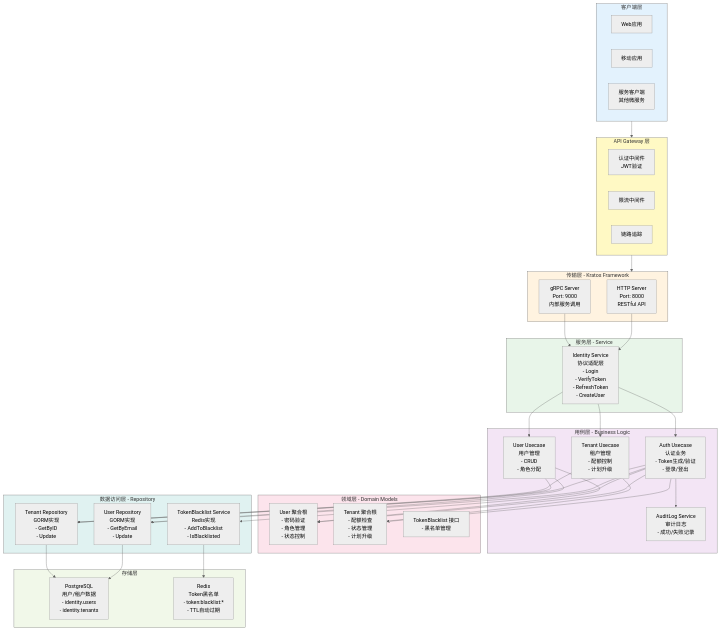
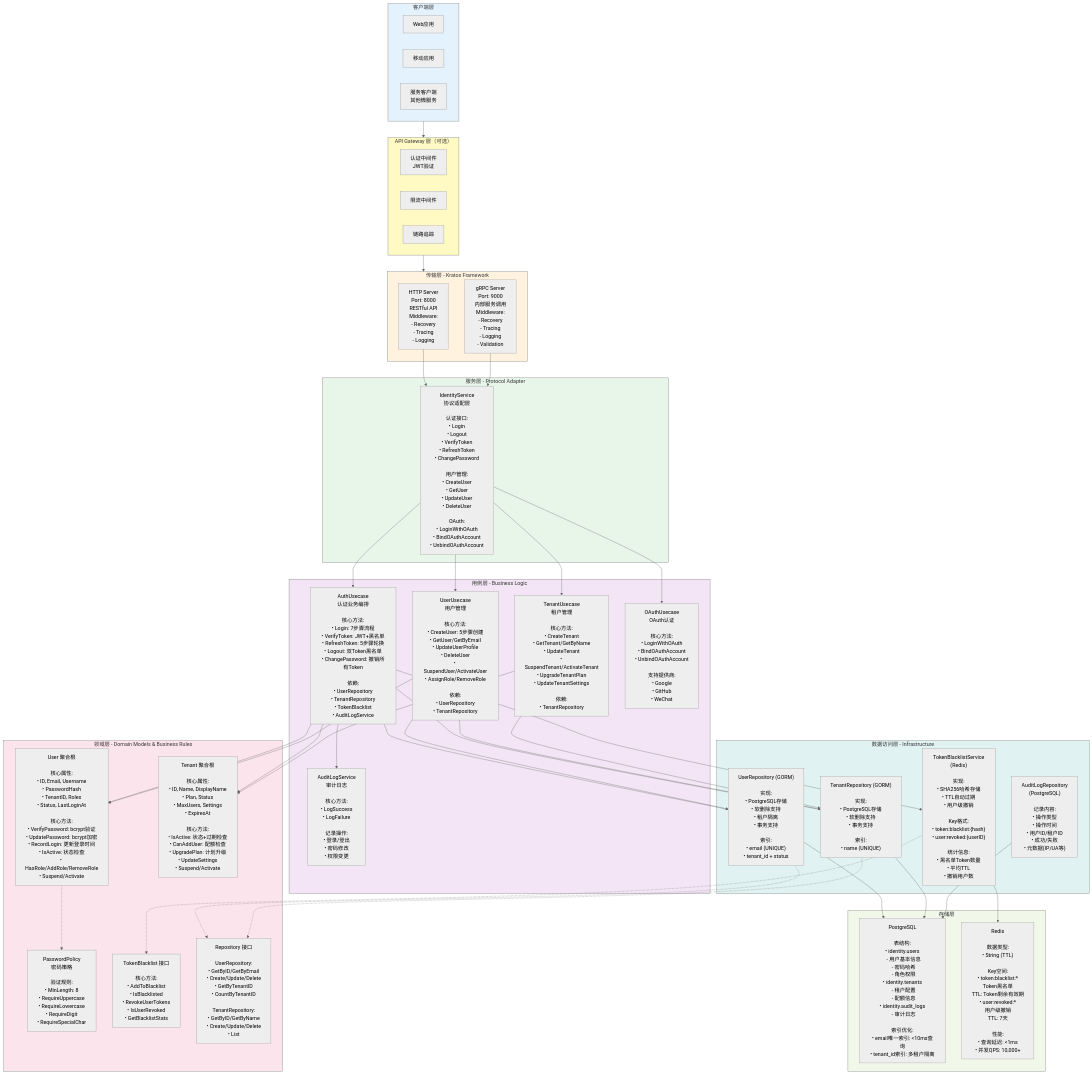
Before and after one commit to haoyunlt/VoiceAssistant: the first of 7 diagrams in docs/VoiceAssistant-03-Identity-Service.md, drawn with Mermaid (neutral theme). The commit also changed other lines of this file and 161 other files, not shown here.

```diff
--- a/docs/VoiceAssistant-03-Identity-Service.md
+++ b/docs/VoiceAssistant-03-Identity-Service.md
@@ -46,65 +46,81 @@
         ServiceClient["服务客户端<br/>其他微服务"]
     end
 
-    subgraph Gateway["API Gateway 层"]
+    subgraph Gateway["API Gateway 层（可选）"]
         AuthMiddleware["认证中间件<br/>JWT验证"]
         RateLimiter["限流中间件"]
         Tracing["链路追踪"]
     end
 
     subgraph TransportLayer["传输层 - Kratos Framework"]
-        HTTPServer["HTTP Server<br/>Port: 8000<br/>RESTful API"]
-        GRPCServer["gRPC Server<br/>Port: 9000<br/>内部服务调用"]
+        HTTPServer["HTTP Server<br/>Port: 8000<br/>RESTful API<br/>Middleware:<br/>- Recovery<br/>- Tracing<br/>- Logging"]
+        GRPCServer["gRPC Server<br/>Port: 9000<br/>内部服务调用<br/>Middleware:<br/>- Recovery<br/>- Tracing<br/>- Logging<br/>- Validation"]
     end
 
-    subgraph ServiceLayer["服务层 - Service"]
-        IdentityService["Identity Service<br/>协议适配层<br/>- Login<br/>- VerifyToken<br/>- RefreshToken<br/>- CreateUser"]
+    subgraph ServiceLayer["服务层 - Protocol Adapter"]
+        IdentityService["IdentityService<br/>协议适配层<br/><br/>认证接口:<br/>• Login<br/>• Logout<br/>• VerifyToken<br/>• RefreshToken<br/>• ChangePassword<br/><br/>用户管理:<br/>• CreateUser<br/>• GetUser<br/>• UpdateUser<br/>• DeleteUser<br/><br/>OAuth:<br/>• LoginWithOAuth<br/>• BindOAuthAccount<br/>• UnbindOAuthAccount"]
     end
 
     subgraph UsecaseLayer["用例层 - Business Logic"]
-        AuthUsecase["Auth Usecase<br/>认证业务<br/>- Token生成/验证<br/>- 登录/登出"]
-        UserUsecase["User Usecase<br/>用户管理<br/>- CRUD<br/>- 角色分配"]
-        TenantUsecase["Tenant Usecase<br/>租户管理<br/>- 配额控制<br/>- 计划升级"]
-        AuditLogSvc["AuditLog Service<br/>审计日志<br/>- 成功/失败记录"]
+        AuthUsecase["AuthUsecase<br/>认证业务编排<br/><br/>核心方法:<br/>• Login: 7步骤流程<br/>• VerifyToken: JWT+黑名单<br/>• RefreshToken: 5步骤轮换<br/>• Logout: 双Token黑名单<br/>• ChangePassword: 撤销所有Token<br/><br/>依赖:<br/>• UserRepository<br/>• TenantRepository<br/>• TokenBlacklist<br/>• AuditLogService"]
+        UserUsecase["UserUsecase<br/>用户管理<br/><br/>核心方法:<br/>• CreateUser: 5步骤创建<br/>• GetUser/GetByEmail<br/>• UpdateUserProfile<br/>• DeleteUser<br/>• SuspendUser/ActivateUser<br/>• AssignRole/RemoveRole<br/><br/>依赖:<br/>• UserRepository<br/>• TenantRepository"]
+        TenantUsecase["TenantUsecase<br/>租户管理<br/><br/>核心方法:<br/>• CreateTenant<br/>• GetTenant/GetByName<br/>• UpdateTenant<br/>• SuspendTenant/ActivateTenant<br/>• UpgradeTenantPlan<br/>• UpdateTenantSettings<br/><br/>依赖:<br/>• TenantRepository"]
+        OAuthUsecase["OAuthUsecase<br/>OAuth认证<br/><br/>核心方法:<br/>• LoginWithOAuth<br/>• BindOAuthAccount<br/>• UnbindOAuthAccount<br/><br/>支持提供商:<br/>• Google<br/>• GitHub<br/>• WeChat"]
+        AuditLogSvc["AuditLogService<br/>审计日志<br/><br/>核心方法:<br/>• LogSuccess<br/>• LogFailure<br/><br/>记录操作:<br/>• 登录/登出<br/>• 密码修改<br/>• 权限变更"]
     end
 
-    subgraph DomainLayer["领域层 - Domain Models"]
-        UserAggregate["User 聚合根<br/>- 密码验证<br/>- 角色管理<br/>- 状态控制"]
-        TenantAggregate["Tenant 聚合根<br/>- 配额检查<br/>- 状态管理<br/>- 计划升级"]
-        TokenBlacklistIntf["TokenBlacklist 接口<br/>- 黑名单管理"]
+    subgraph DomainLayer["领域层 - Domain Models & Business Rules"]
+        UserAggregate["User 聚合根<br/><br/>核心属性:<br/>• ID, Email, Username<br/>• PasswordHash<br/>• TenantID, Roles<br/>• Status, LastLoginAt<br/><br/>核心方法:<br/>• VerifyPassword: bcrypt验证<br/>• UpdatePassword: bcrypt加密<br/>• RecordLogin: 更新登录时间<br/>• IsActive: 状态检查<br/>• HasRole/AddRole/RemoveRole<br/>• Suspend/Activate"]
+        TenantAggregate["Tenant 聚合根<br/><br/>核心属性:<br/>• ID, Name, DisplayName<br/>• Plan, Status<br/>• MaxUsers, Settings<br/>• ExpiresAt<br/><br/>核心方法:<br/>• IsActive: 状态+过期检查<br/>• CanAddUser: 配额检查<br/>• UpgradePlan: 计划升级<br/>• UpdateSettings<br/>• Suspend/Activate"]
+        PasswordPolicy["PasswordPolicy<br/>密码策略<br/><br/>验证规则:<br/>• MinLength: 8<br/>• RequireUppercase<br/>• RequireLowercase<br/>• RequireDigit<br/>• RequireSpecialChar"]
+        TokenBlacklistIntf["TokenBlacklist 接口<br/><br/>核心方法:<br/>• AddToBlacklist<br/>• IsBlacklisted<br/>• RevokeUserTokens<br/>• IsUserRevoked<br/>• GetBlacklistStats"]
+        Repositories["Repository 接口<br/><br/>UserRepository:<br/>• GetByID/GetByEmail<br/>• Create/Update/Delete<br/>• GetByTenantID<br/>• CountByTenantID<br/><br/>TenantRepository:<br/>• GetByID/GetByName<br/>• Create/Update/Delete<br/>• List"]
     end
 
-    subgraph DataLayer["数据访问层 - Repository"]
-        UserRepo["User Repository<br/>GORM实现<br/>- GetByEmail<br/>- Update"]
-        TenantRepo["Tenant Repository<br/>GORM实现<br/>- GetByID<br/>- Update"]
-        TokenBlacklistSvc["TokenBlacklist Service<br/>Redis实现<br/>- AddToBlacklist<br/>- IsBlacklisted"]
+    subgraph DataLayer["数据访问层 - Infrastructure"]
+        UserRepo["UserRepository (GORM)<br/><br/>实现:<br/>• PostgreSQL存储<br/>• 软删除支持<br/>• 租户隔离<br/>• 事务支持<br/><br/>索引:<br/>• email (UNIQUE)<br/>• tenant_id + status"]
+        TenantRepo["TenantRepository (GORM)<br/><br/>实现:<br/>• PostgreSQL存储<br/>• 软删除支持<br/>• 事务支持<br/><br/>索引:<br/>• name (UNIQUE)"]
+        TokenBlacklistSvc["TokenBlacklistService<br/>(Redis)<br/><br/>实现:<br/>• SHA256哈希存储<br/>• TTL自动过期<br/>• 用户级撤销<br/><br/>Key格式:<br/>• token:blacklist:{hash}<br/>• user:revoked:{userID}<br/><br/>统计信息:<br/>• 黑名单Token数量<br/>• 平均TTL<br/>• 撤销用户数"]
+        AuditLogRepo["AuditLogRepository<br/>(PostgreSQL)<br/><br/>记录内容:<br/>• 操作类型<br/>• 操作时间<br/>• 用户ID/租户ID<br/>• 成功/失败<br/>• 元数据(IP/UA等)"]
     end
 
     subgraph StorageLayer["存储层"]
-        PostgreSQL["PostgreSQL<br/>用户/租户数据<br/>- identity.users<br/>- identity.tenants"]
-        Redis["Redis<br/>Token黑名单<br/>- token:blacklist:*<br/>- TTL自动过期"]
+        PostgreSQL["PostgreSQL<br/><br/>表结构:<br/>• identity.users<br/>  - 用户基本信息<br/>  - 密码哈希<br/>  - 角色权限<br/>• identity.tenants<br/>  - 租户配置<br/>  - 配额信息<br/>• identity.audit_logs<br/>  - 审计日志<br/><br/>索引优化:<br/>• email唯一索引: <10ms查询<br/>• tenant_id索引: 多租户隔离"]
+        Redis["Redis<br/><br/>数据类型:<br/>• String (TTL)<br/><br/>Key空间:<br/>• token:blacklist:* <br/>  Token黑名单<br/>  TTL: Token剩余有效期<br/>• user:revoked:*<br/>  用户级撤销<br/>  TTL: 7天<br/><br/>性能:<br/>• 查询延迟: <1ms<br/>• 并发QPS: 10,000+"]
     end
 
     Client --> Gateway
     Gateway --> TransportLayer
     HTTPServer --> IdentityService
     GRPCServer --> IdentityService
+
     IdentityService --> AuthUsecase
     IdentityService --> UserUsecase
     IdentityService --> TenantUsecase
+    IdentityService --> OAuthUsecase
+
     AuthUsecase --> UserRepo
     AuthUsecase --> TenantRepo
     AuthUsecase --> TokenBlacklistSvc
     AuthUsecase --> AuditLogSvc
+    AuthUsecase --> UserAggregate
+    AuthUsecase --> TenantAggregate
+
     UserUsecase --> UserRepo
     UserUsecase --> TenantRepo
+    UserUsecase --> UserAggregate
+
     TenantUsecase --> TenantRepo
-    AuthUsecase --> UserAggregate
-    AuthUsecase --> TenantAggregate
-    UserUsecase --> UserAggregate
     TenantUsecase --> TenantAggregate
+
+    UserAggregate -.-> PasswordPolicy
+    UserRepo -.-> Repositories
+    TenantRepo -.-> Repositories
+    TokenBlacklistSvc -.-> TokenBlacklistIntf
+
     UserRepo --> PostgreSQL
     TenantRepo --> PostgreSQL
+    AuditLogRepo --> PostgreSQL
     TokenBlacklistSvc --> Redis
 
     style Client fill:#e3f2fd
```
